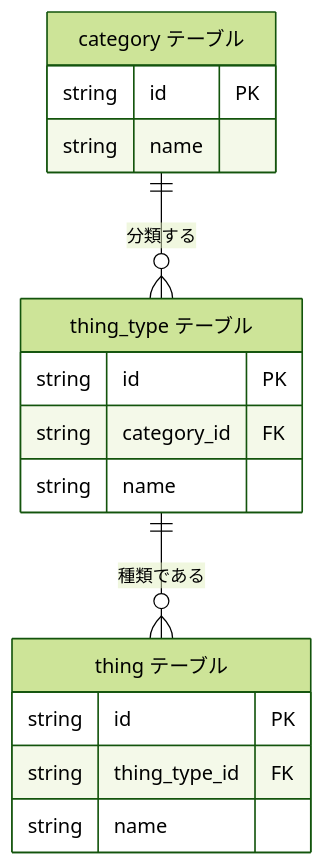
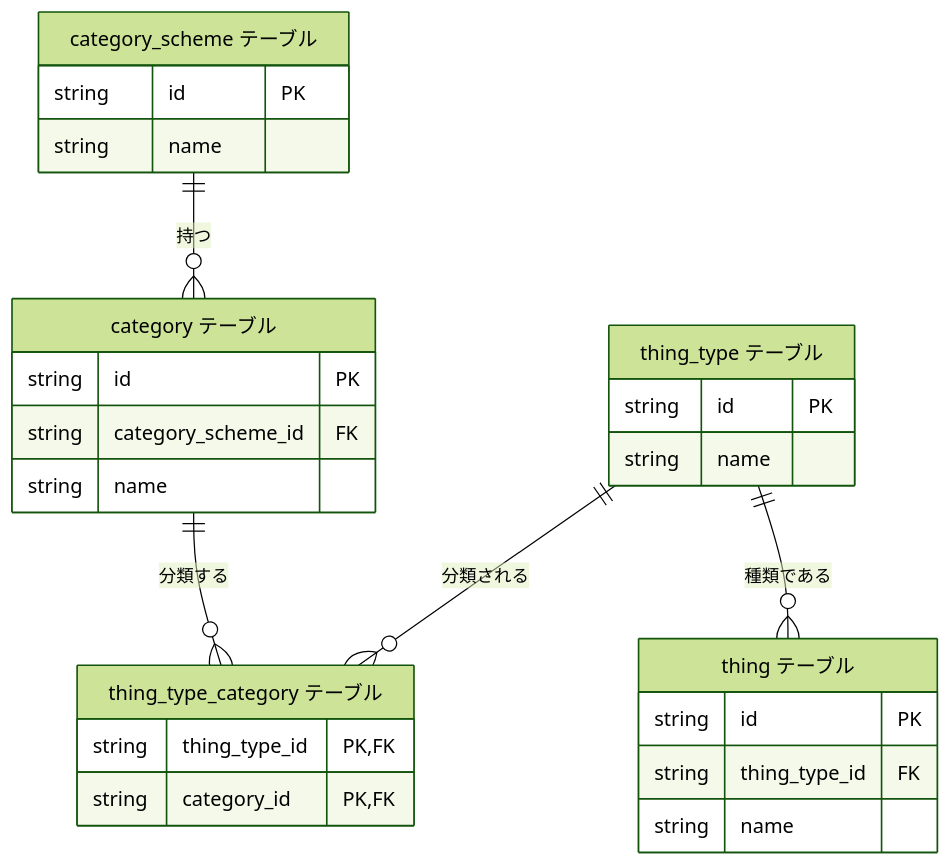
One commit to hiroki-it/tech-notebook changed the first of 30 diagrams in docs/software/software_middleware_database_rdb_er.md. Above: the diagram before and after it, drawn with Mermaid (forest theme). The commit also changed other lines of this file, not shown here.

````diff
--- a/docs/software/software_middleware_database_rdb_er.md
+++ b/docs/software/software_middleware_database_rdb_er.md
@@ -16,22 +18,34 @@
 ```mermaid
 erDiagram
+  category_scheme["category_scheme テーブル"] {
+    string id PK
+    string name
+  }
+
   category["category テーブル"] {
     string id PK
+    string category_scheme_id FK
     string name
   }
 
   thing_type["thing_type テーブル"] {
     string id PK
-    string category_id FK
     string name
+  }
+
+  thing_type_category["thing_type_category テーブル"] {
+    string thing_type_id PK,FK
+    string category_id PK,FK
   }
 
   thing["thing テーブル"] {
     string id PK
     string thing_type_id FK
     string name
   }
 
-  category ||--o{ thing_type : "分類する"
+  category_scheme ||--o{ category : "持つ"
+  category ||--o{ thing_type_category : "分類する"
+  thing_type ||--o{ thing_type_category : "分類される"
   thing_type ||--o{ thing : "種類である"
 ```
````
